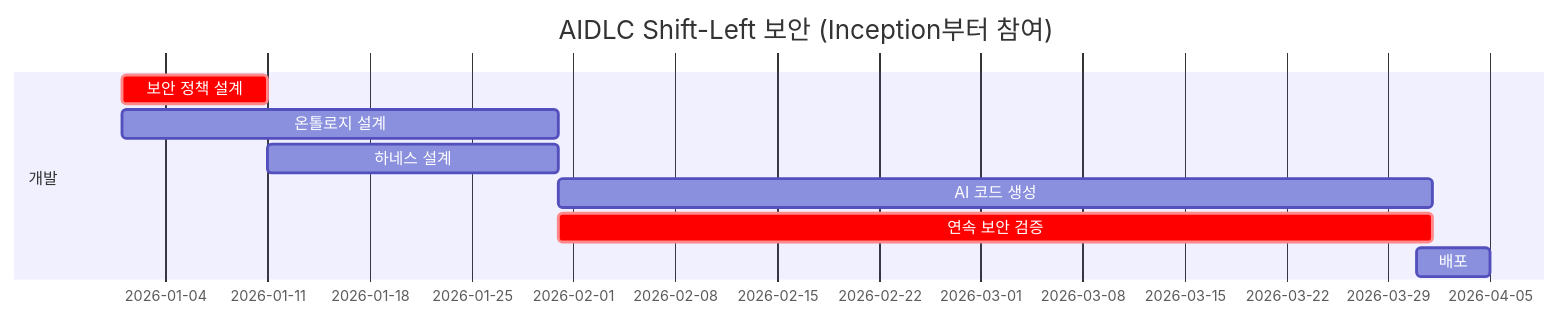
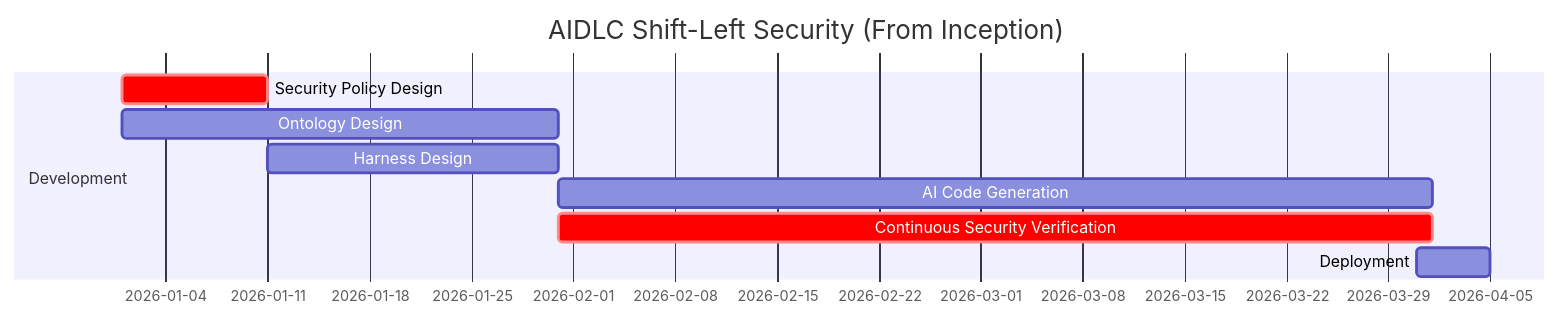
One commit to devfloor9/engineering-playbook changed the fourth of 5 diagrams in docs/aidlc/enterprise/role-composition.md. Above: the diagram before and after it, drawn with Mermaid. The commit also changed other lines of this file and 954 other files, not shown here.

````diff
--- a/docs/aidlc/enterprise/role-composition.md
+++ b/docs/aidlc/enterprise/role-composition.md
@@ -296,12 +296,12 @@
 ```mermaid
 gantt
-    title AIDLC Shift-Left 보안 (Inception부터 참여)
+    title AIDLC Shift-Left Security (From Inception)
     dateFormat YYYY-MM-DD
-    section 개발
-    보안 정책 설계  :crit, 2026-01-01, 10d
-    온톨로지 설계   :2026-01-01, 30d
-    하네스 설계     :2026-01-11, 20d
-    AI 코드 생성    :2026-01-31, 60d
-    연속 보안 검증  :crit, 2026-01-31, 60d
-    배포            :2026-03-31, 5d
+    section Development
+    Security Policy Design  :crit, 2026-01-01, 10d
+    Ontology Design         :2026-01-01, 30d
+    Harness Design          :2026-01-11, 20d
+    AI Code Generation      :2026-01-31, 60d
+    Continuous Security Verification :crit, 2026-01-31, 60d
+    Deployment              :2026-03-31, 5d
 ```
````
